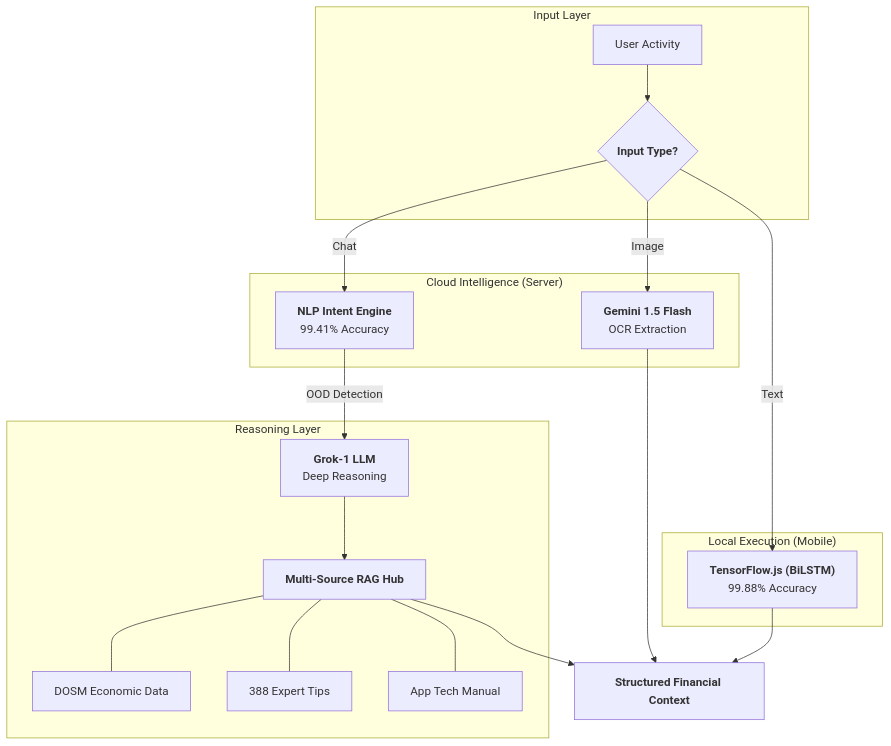
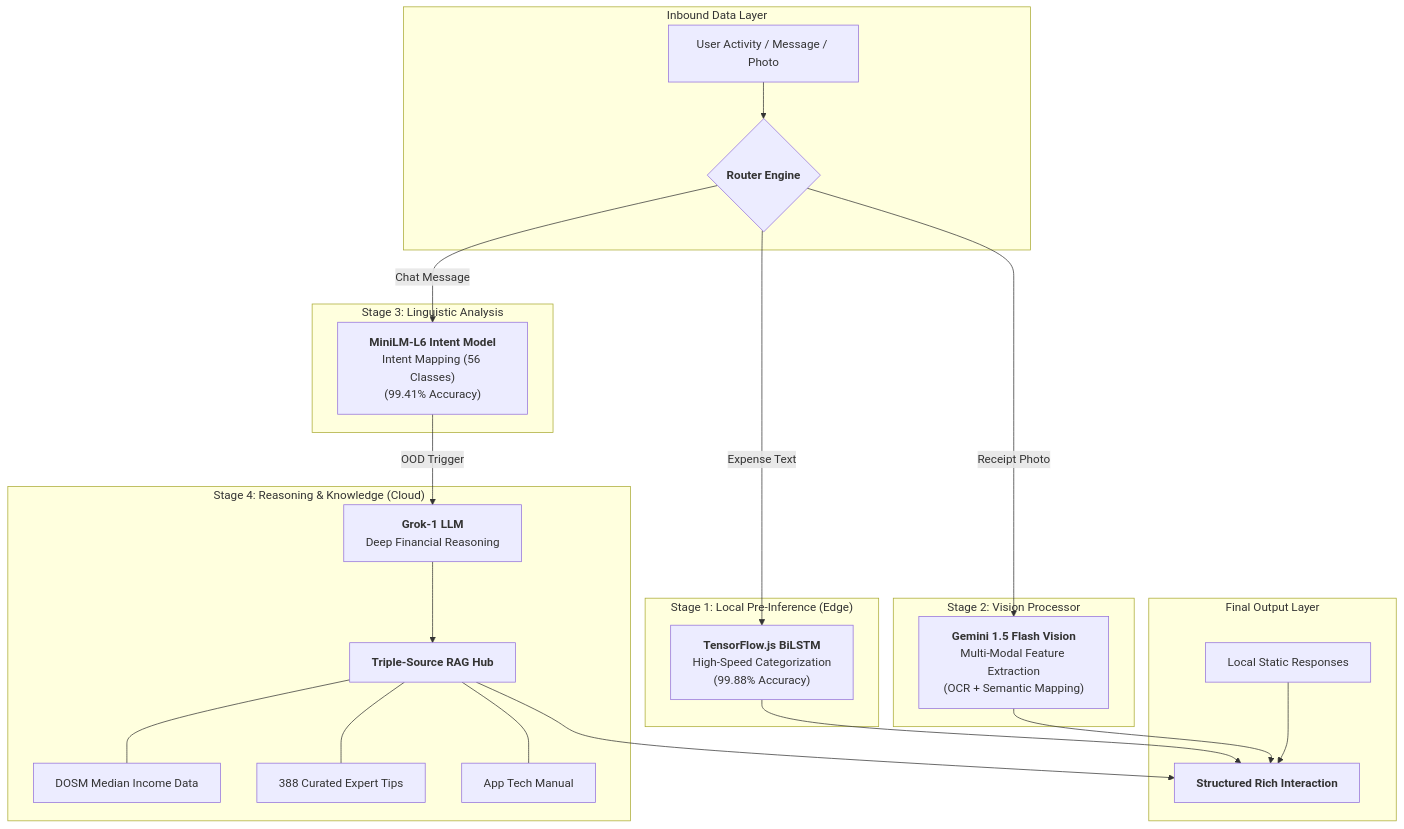
The diagram in README.md (izwanGit/Beruang), drawn with Mermaid before and after one commit. The commit also changed other lines of this file, not shown here.

````diff
--- a/README.md
+++ b/README.md
@@ -73,25 +85,30 @@
 ```mermaid
 graph TD
-    subgraph "Input Layer"
-    U["User Activity"] --> R{<b>Input Type?</b>}
+    subgraph "Inbound Data Layer"
+    U["User Activity / Message / Photo"] --> R{<b>Router Engine</b>}
     end
 
-    subgraph "Local Execution (Mobile)"
-    R -->|Text| TFJ["<b>TensorFlow.js (BiLSTM)</b><br/>99.88% Accuracy"]
+    subgraph "Stage 1: Local Pre-Inference (Edge)"
+    R -->|Expense Text| TFJ["<b>TensorFlow.js BiLSTM</b><br/>High-Speed Categorization<br/>(99.88% Accuracy)"]
     end
 
-    subgraph "Cloud Intelligence (Server)"
-    R -->|Chat| INT["<b>NLP Intent Engine</b><br/>99.41% Accuracy"]
-    R -->|Image| GV["<b>Gemini 1.5 Flash</b><br/>OCR Extraction"]
+    subgraph "Stage 2: Vision Processor"
+    R -->|Receipt Photo| GV["<b>Gemini 1.5 Flash Vision</b><br/>Multi-Modal Feature Extraction<br/>(OCR + Semantic Mapping)"]
     end
 
-    subgraph "Reasoning Layer"
-    INT -->|OOD Detection| GROK["<b>Grok-1 LLM</b><br/>Deep Reasoning"]
-    GROK --> RAG["<b>Multi-Source RAG Hub</b>"]
-    RAG --- D1[DOSM Economic Data]
-    RAG --- D2[388 Expert Tips]
+    subgraph "Stage 3: Linguistic Analysis"
+    R -->|Chat Message| INT["<b>MiniLM-L6 Intent Model</b><br/>Intent Mapping (56 Classes)<br/>(99.41% Accuracy)"]
+    end
+
+    subgraph "Stage 4: Reasoning & Knowledge (Cloud)"
+    INT -->|OOD Trigger| GROK["<b>Grok-1 LLM</b><br/>Deep Financial Reasoning"]
+    GROK --> RAG["<b>Triple-Source RAG Hub</b>"]
+    RAG --- D1[DOSM Median Income Data]
+    RAG --- D2[388 Curated Expert Tips]
     RAG --- D3[App Tech Manual]
     end
 
-    TFJ & GV & RAG --> Out["<b>Structured Financial Context</b>"]
+    subgraph "Final Output Layer"
+    TFJ & GV & Static["Local Static Responses"] & RAG --> Out["<b>Structured Rich Interaction</b>"]
+    end
 ```
````
